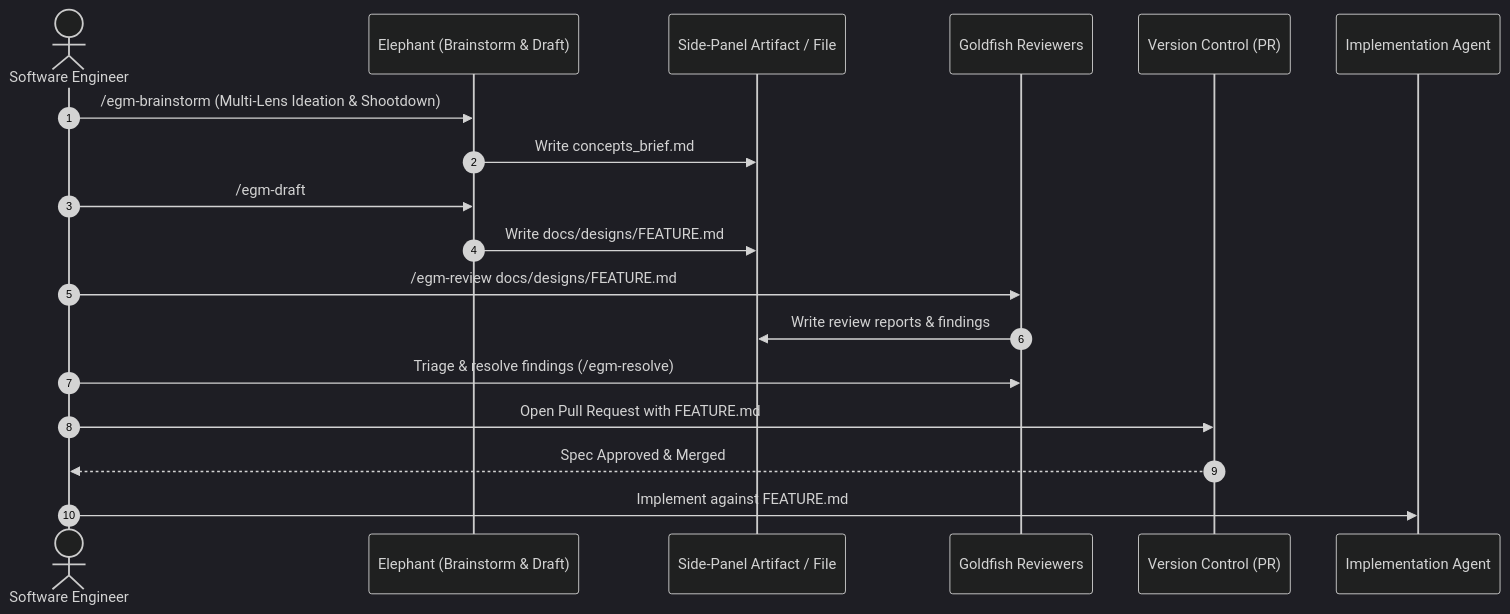
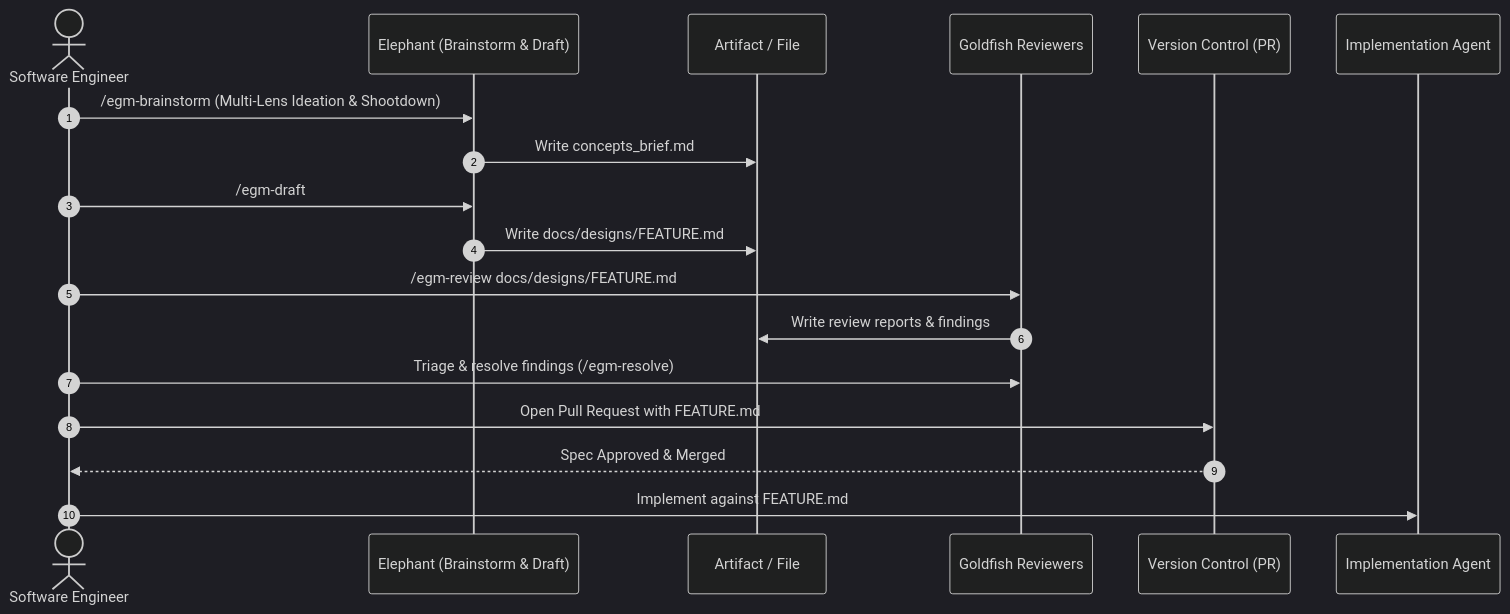
The diagram in docs/designs/architecture.md (google/elephant-goldfish-model), drawn with Mermaid (dark theme) before and after one commit. The commit also changed other lines of this file, not shown here.

````diff
--- a/docs/designs/architecture.md
+++ b/docs/designs/architecture.md
@@ -92,21 +92,21 @@
 ```mermaid
 sequenceDiagram
     autonumber
     actor Human as Software Engineer
     participant Elephant as Elephant (Brainstorm & Draft)
-    participant Artifact as Side-Panel Artifact / File
+    participant Artifact as Artifact / File
     participant Reviewer as Goldfish Reviewers
     participant VCS as Version Control (PR)
     participant Coder as Implementation Agent
 
     Human->>Elephant: /egm-brainstorm (Multi-Lens Ideation & Shootdown)
     Elephant->>Artifact: Write concepts_brief.md
     Human->>Elephant: /egm-draft
     Elephant->>Artifact: Write docs/designs/FEATURE.md
     Human->>Reviewer: /egm-review docs/designs/FEATURE.md
     Reviewer->>Artifact: Write review reports & findings
     Human->>Reviewer: Triage & resolve findings (/egm-resolve)
     Human->>VCS: Open Pull Request with FEATURE.md
     VCS-->>Human: Spec Approved & Merged
     Human->>Coder: Implement against FEATURE.md
 ```
````
